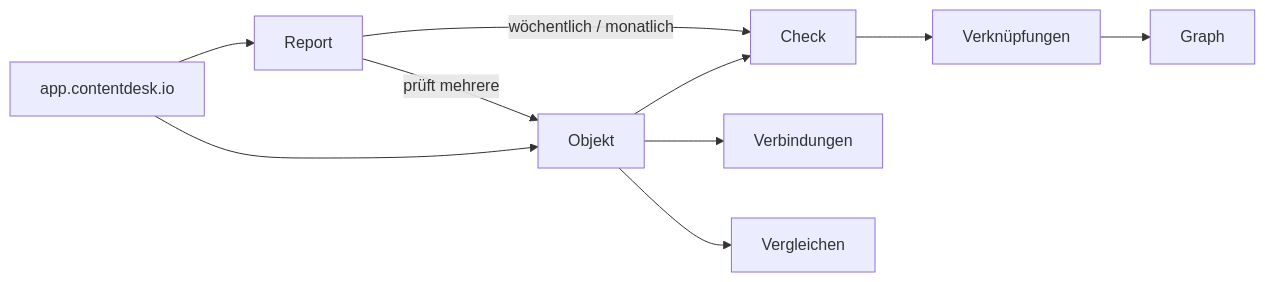
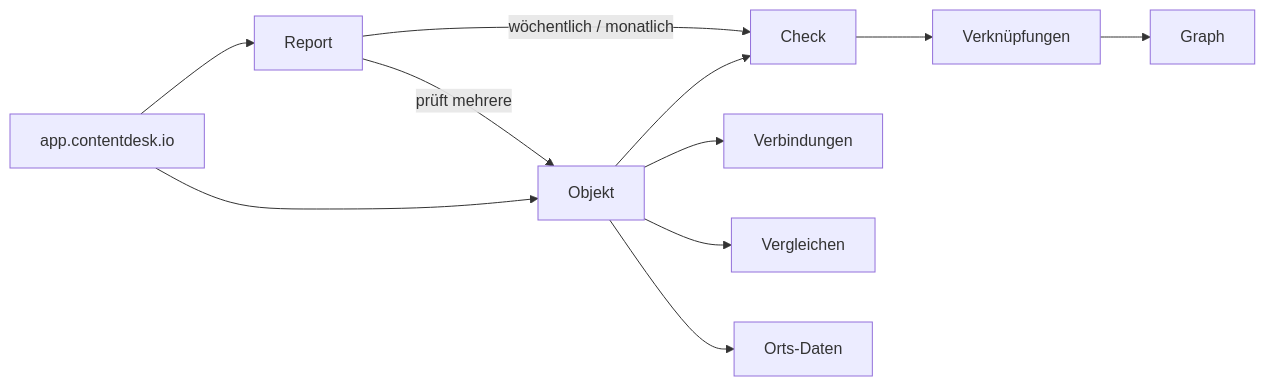
The first of 2 diagrams in docs/connect/app.contentdesk.io/index.md (tsolenthaler/docs.contentdesk.io), drawn with Mermaid before and after one commit. The commit also changed other lines of this file, not shown here.

Commit message:
Refactor schema to update links to schema.org and add support for location data

````diff
--- a/docs/connect/app.contentdesk.io/index.md
+++ b/docs/connect/app.contentdesk.io/index.md
@@ -12,12 +12,13 @@
 ``` mermaid
 flowchart LR
     app.contentdesk.io-->Objekt
     app.contentdesk.io-->Report
     Objekt-->Check
     Report-->|prüft mehrere|Objekt
     Report-->|wöchentlich / monatlich|Check
     Check-->AssociationType[Verknüpfungen]
     AssociationType[Verknüpfungen]-->Graph
     Objekt-->Connect[Verbindungen]
     Objekt-->Compare[Vergleichen]
+    Objekt-->Place[Orts-Daten]
 ```
````
